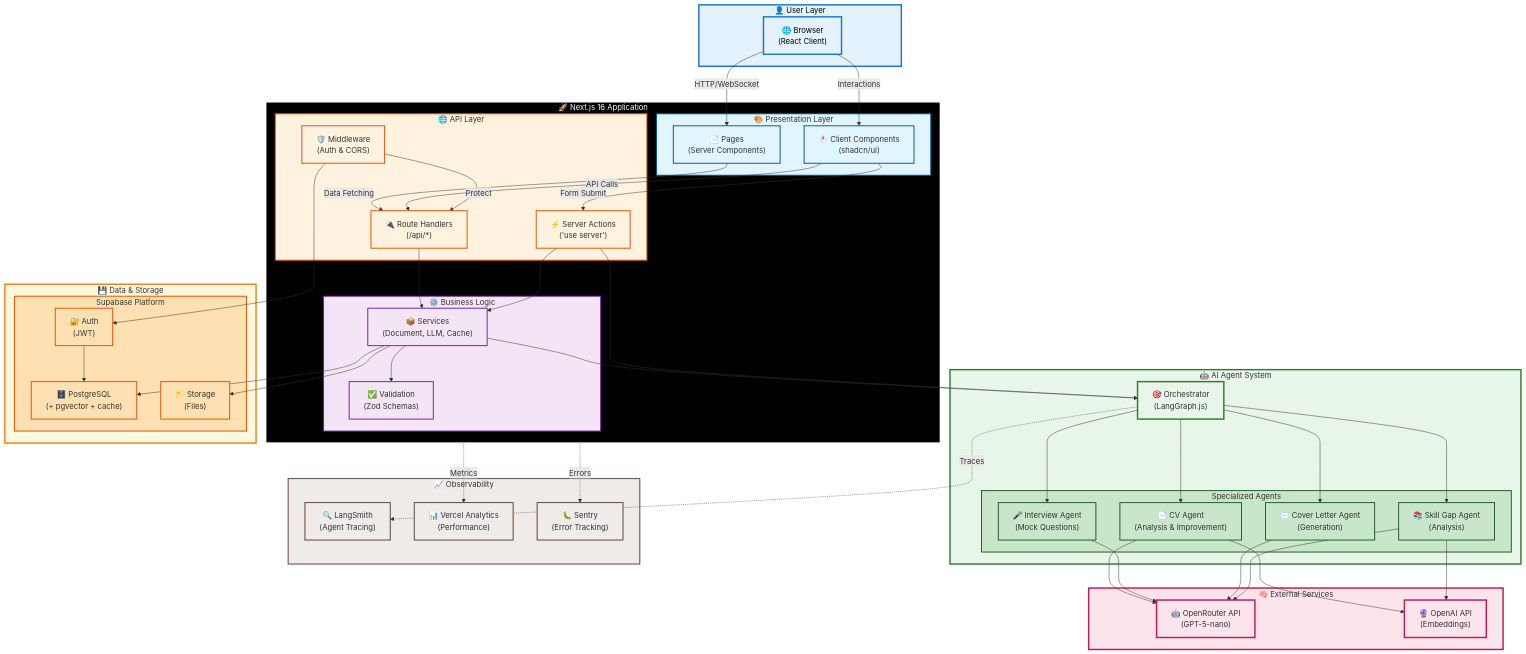
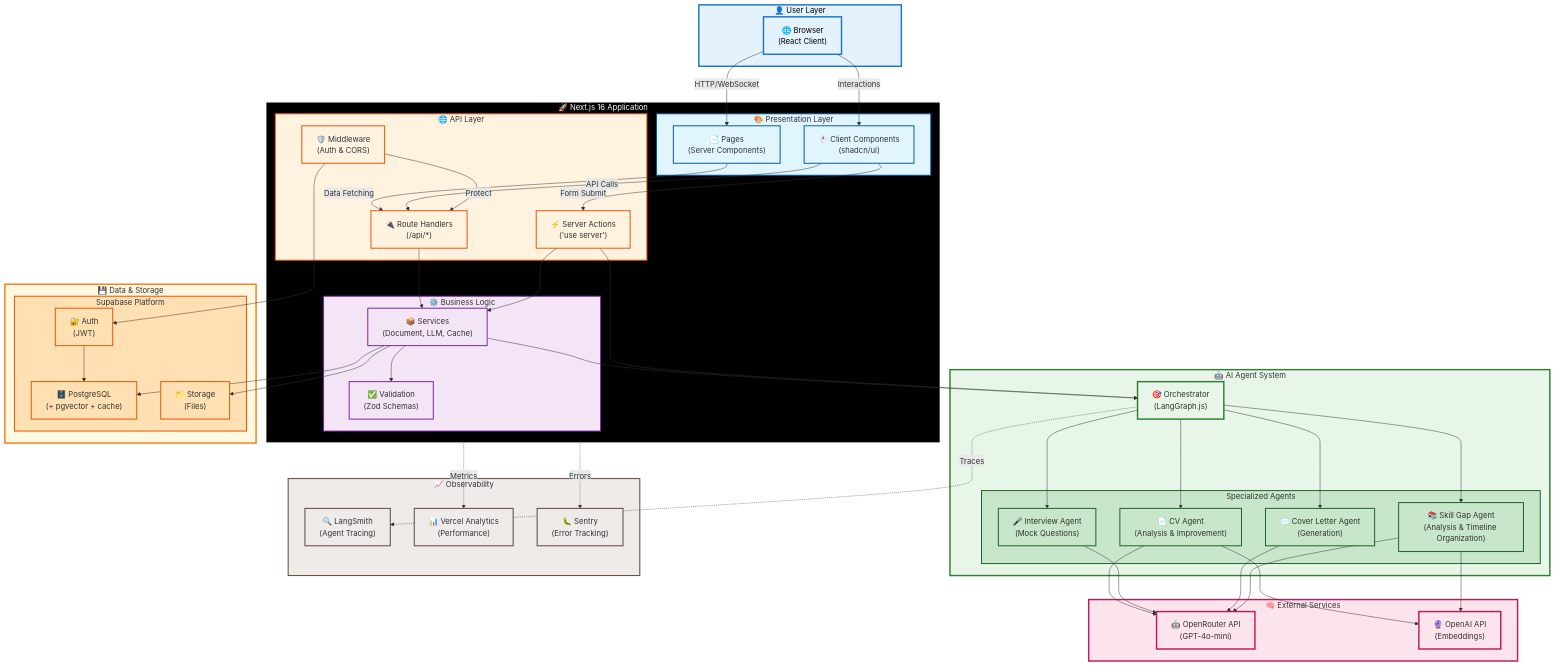
Before and after one commit to Ethanlam123/ai-job-hunt-agent: the first of 3 diagrams in spec-nextjs.md, drawn with Mermaid. The commit also changed other lines of this file, not shown here.

First line of the commit message:
docs: Update spec-nextjs.md with Skill Gap Analysis implementation

```diff
--- a/spec-nextjs.md
+++ b/spec-nextjs.md
@@ -61,12 +61,12 @@
             CVAgent["📄 CV Agent<br/>(Analysis & Improvement)"]
             InterviewAgent["🎤 Interview Agent<br/>(Mock Questions)"]
             CoverLetterAgent["✉️ Cover Letter Agent<br/>(Generation)"]
-            SkillGapAgent["📚 Skill Gap Agent<br/>(Analysis)"]
+            SkillGapAgent["📚 Skill Gap Agent<br/>(Analysis & Timeline Organization)"]
         end
     end
 
     subgraph External["🧠 External Services"]
-        OpenRouter["🤖 OpenRouter API<br/>(GPT-5-nano)"]
+        OpenRouter["🤖 OpenRouter API<br/>(GPT-4o-mini)"]
         OpenAI["🔮 OpenAI API<br/>(Embeddings)"]
     end
 
```
